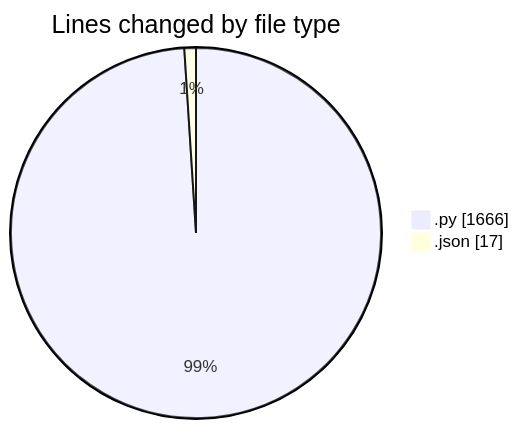
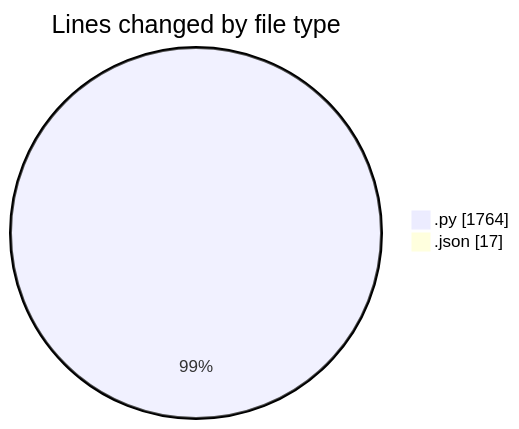
Before and after one commit to MatusMokan/code-tracking: the first of 2 diagrams in 2025-02-28/myws__workspace_/README.md, drawn with Mermaid. The commit also changed other lines of this file and 1 other file, not shown here.

````diff
--- a/2025-02-28/myws__workspace_/README.md
+++ b/2025-02-28/myws__workspace_/README.md
@@ -24,6 +25,6 @@
 ```mermaid
 pie showData
 title Lines changed by file type
-".py" : 1666
+".py" : 1764
 ".json" : 17
 ```
````
